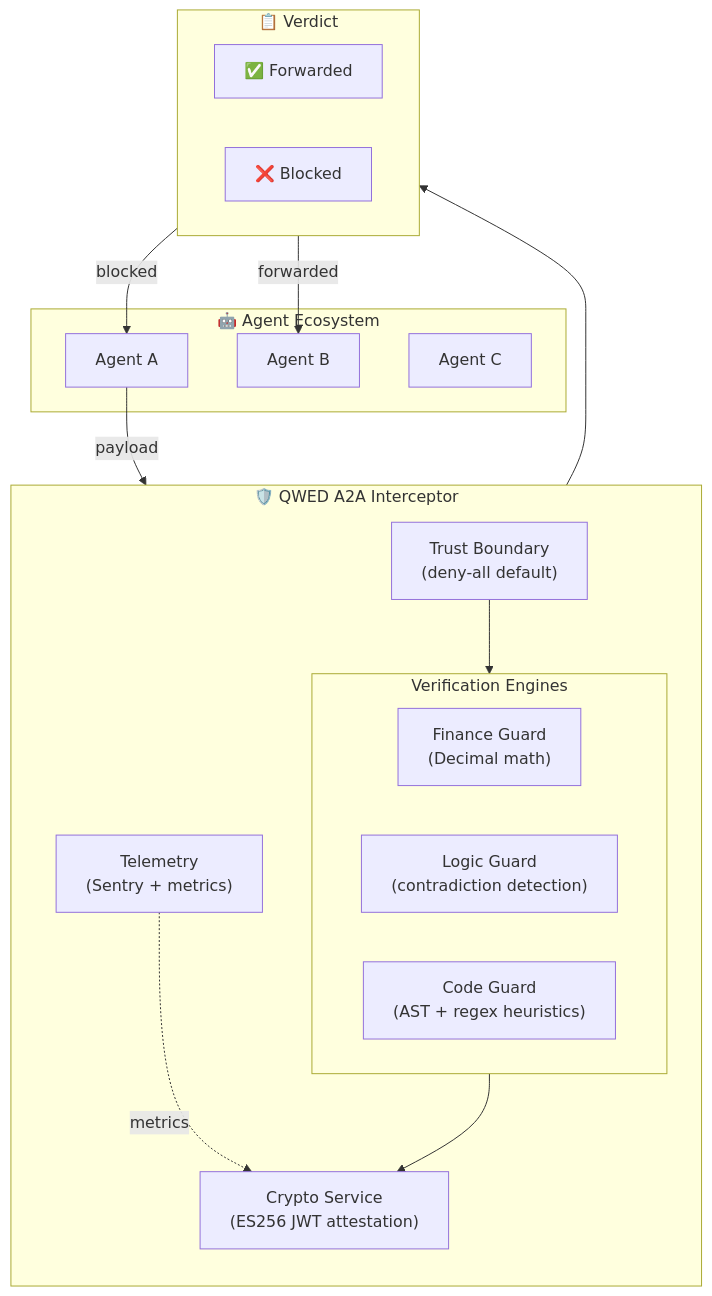
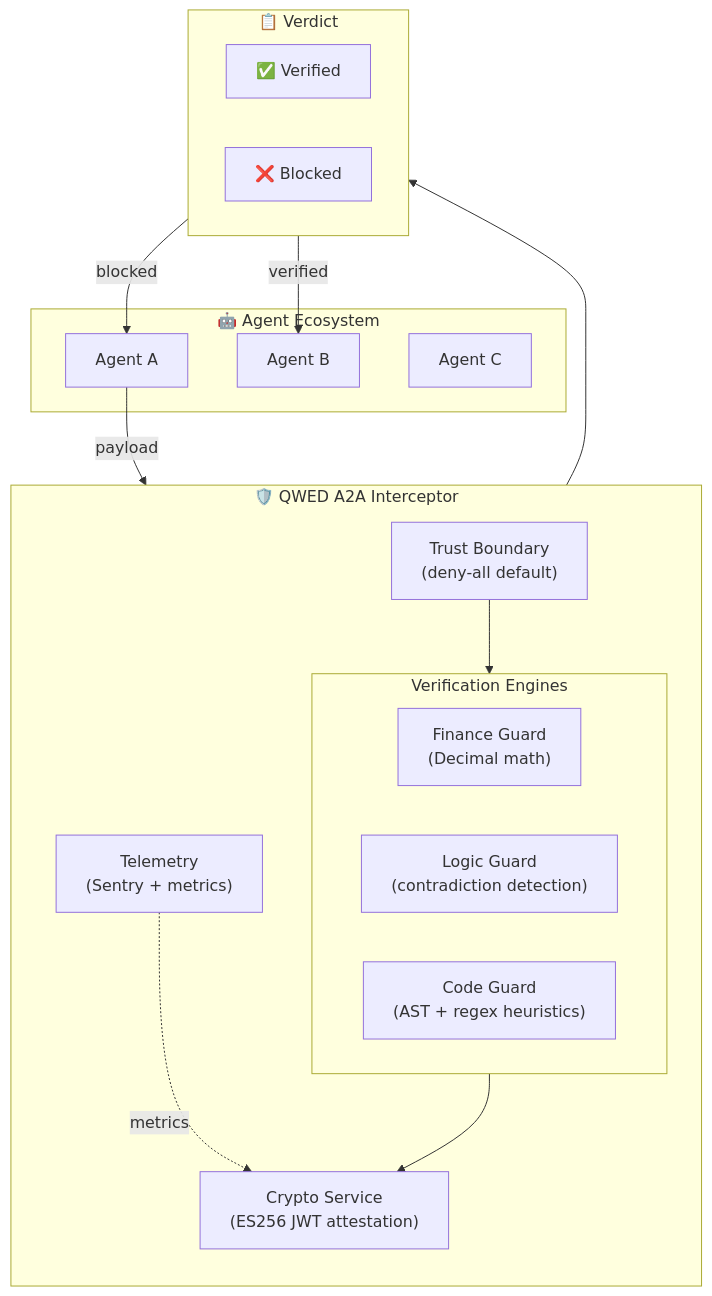
One commit to QWED-AI/docs changed the second of 2 diagrams in a2a/overview.mdx. Above: the diagram before and after it, drawn with Mermaid. The commit also changed other lines of this file and 5 other files, not shown here.

````diff
--- a/a2a/overview.mdx
+++ b/a2a/overview.mdx
@@ -107,33 +107,33 @@
 ```mermaid
 flowchart TB
     subgraph Agents["🤖 Agent Ecosystem"]
         A1["Agent A"]
         A2["Agent B"]
         A3["Agent C"]
     end
 
     subgraph QWED["🛡️ QWED A2A Interceptor"]
         direction TB
         TB["Trust Boundary<br/>(deny-all default)"]
         subgraph Engines["Verification Engines"]
             FG["Finance Guard<br/>(Decimal math)"]
             LG["Logic Guard<br/>(contradiction detection)"]
             CG["Code Guard<br/>(AST + regex heuristics)"]
         end
         CR["Crypto Service<br/>(ES256 JWT attestation)"]
         TL["Telemetry<br/>(Sentry + metrics)"]
     end
 
     subgraph Output["📋 Verdict"]
-        FW["✅ Forwarded"]
+        FW["✅ Verified"]
         BL["❌ Blocked"]
     end
 
     A1 -->|"payload"| TB
     TB --> Engines
     Engines --> CR
     CR --> Output
-    Output -->|"forwarded"| A2
+    Output -->|"verified"| A2
     Output -->|"blocked"| A1
     TL -.->|"metrics"| CR
 ```
````
